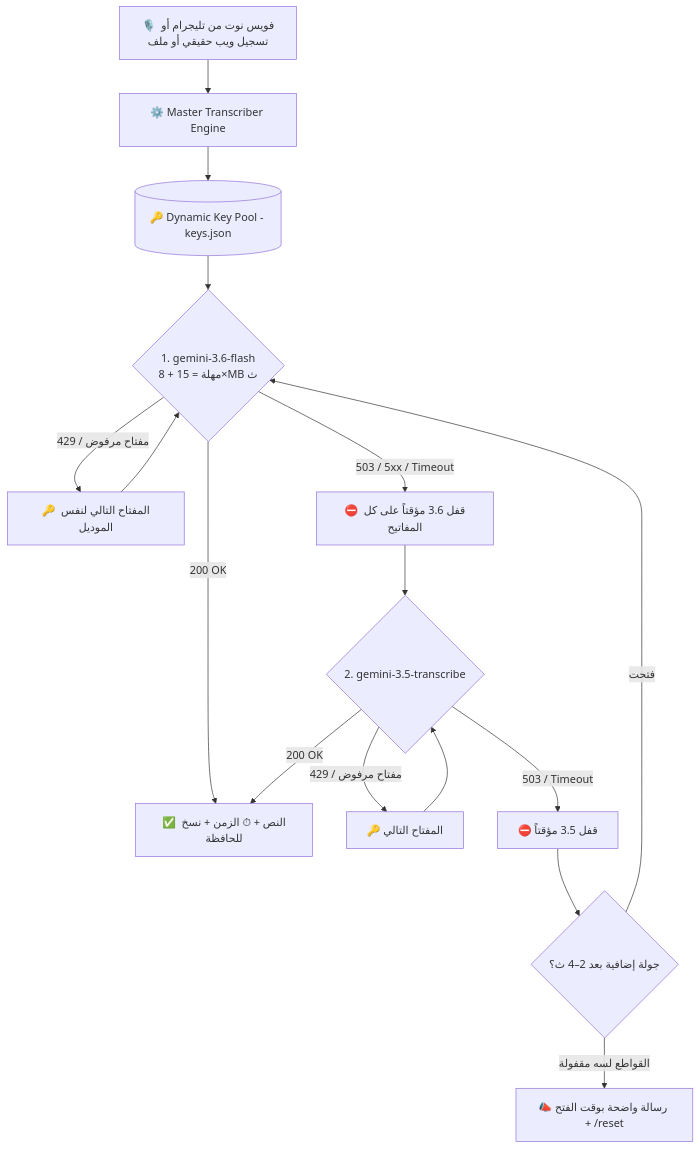
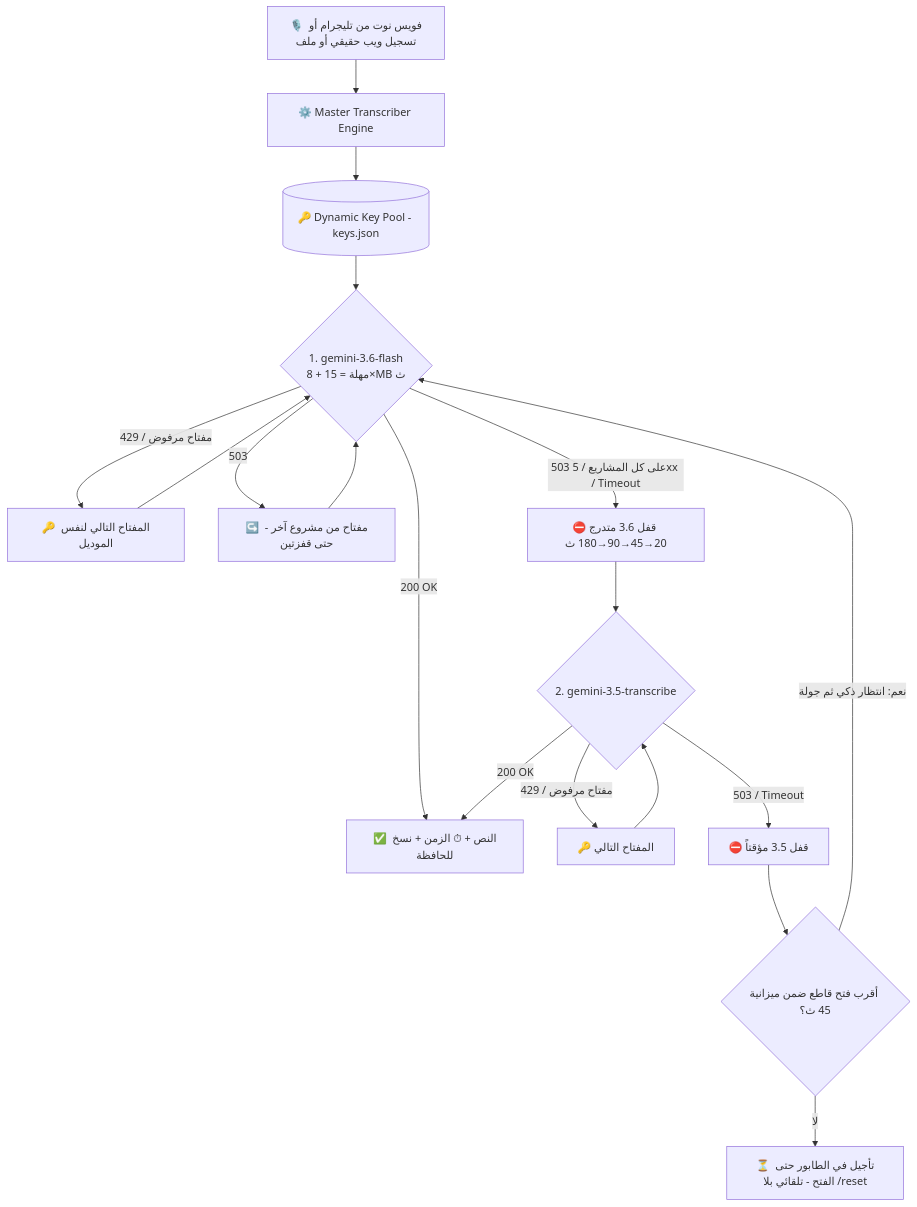
Before and after one commit to wewe00220033/Gemini-3.8-Flash: the diagram in README.md, drawn with Mermaid. The commit also changed other lines of this file and 2 other files, not shown here.

````diff
--- a/README.md
+++ b/README.md
@@ -59,18 +64,20 @@
 ```mermaid
 graph TD
     UserVoice[🎙️ فويس نوت من تليجرام أو تسجيل ويب حقيقي أو ملف] --> Engine[⚙️ Master Transcriber Engine]
     Engine --> KeyPool[(🔑 Dynamic Key Pool - keys.json)]
     KeyPool --> M1{1. gemini-3.6-flash<br/>مهلة = 15 + 8×MB ث}
     M1 -->|200 OK| Done[✅ النص + ⏱ الزمن + نسخ للحافظة]
     M1 -->|429 / مفتاح مرفوض| K1[🔑 المفتاح التالي لنفس الموديل]
     K1 --> M1
-    M1 -->|503 / 5xx / Timeout| CB1[⛔ قفل 3.6 مؤقتاً على كل المفاتيح]
+    M1 -->|503| Hop[↪️ مفتاح من مشروع آخر - حتى قفزتين]
+    Hop --> M1
+    M1 -->|503 على كل المشاريع / 5xx / Timeout| CB1[⛔ قفل 3.6 متدرج 20→45→90→180 ث]
     CB1 --> M2{2. gemini-3.5-transcribe}
     M2 -->|200 OK| Done
     M2 -->|429 / مفتاح مرفوض| K2[🔑 المفتاح التالي]
     K2 --> M2
     M2 -->|503 / Timeout| CB2[⛔ قفل 3.5 مؤقتاً]
-    CB2 --> Retry{جولة إضافية بعد 2–4 ث؟}
-    Retry -->|القواطع لسه مقفولة| Msg[📣 رسالة واضحة بوقت الفتح + /reset]
-    Retry -->|فتحت| M1
+    CB2 --> Retry{أقرب فتح قاطع ضمن ميزانية 45 ث؟}
+    Retry -->|لا| Defer[⏳ تأجيل في الطابور حتى الفتح - تلقائي بلا /reset]
+    Retry -->|نعم: انتظار ذكي ثم جولة| M1
 ```
````
